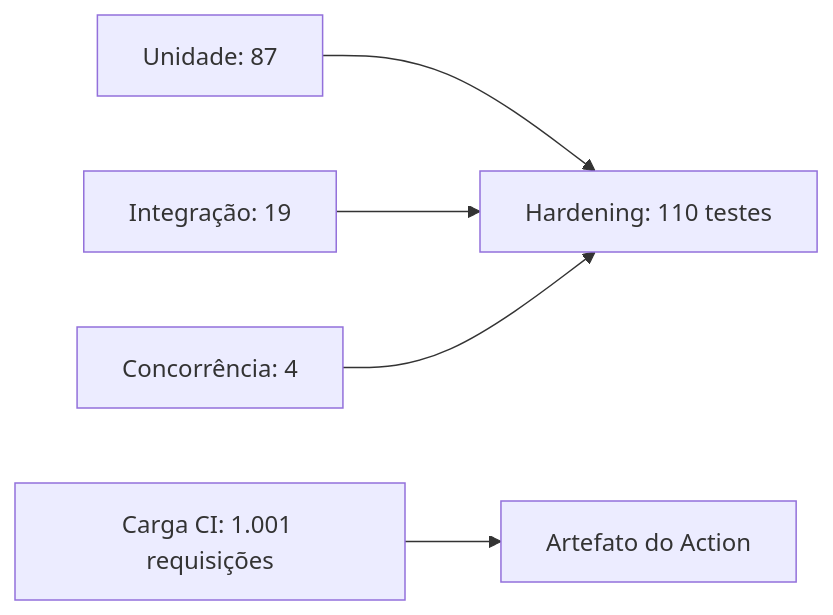
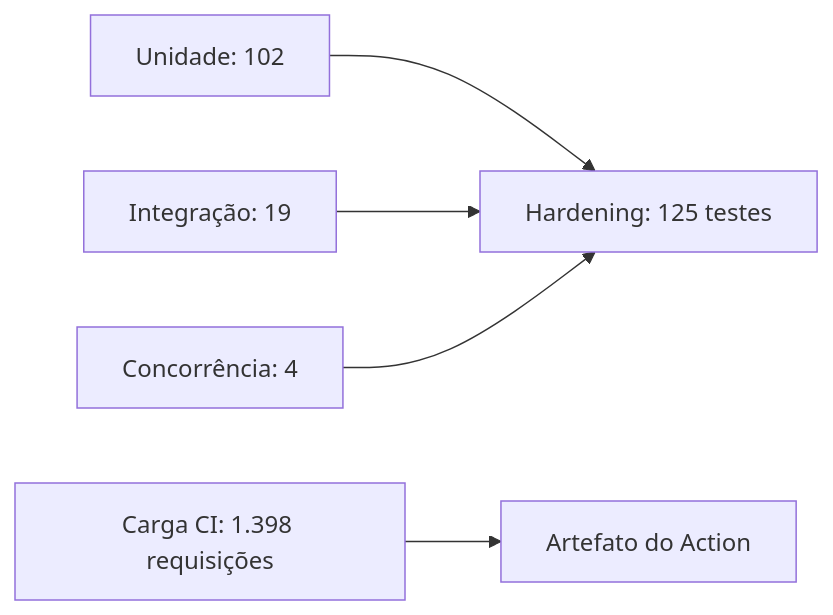
The seventh of 7 diagrams in evidencias/README.md (renansko/jugle-gaming-test), drawn with Mermaid before and after one commit. The commit also changed other lines of this file and 7 other files, not shown here.

````diff
--- a/evidencias/README.md
+++ b/evidencias/README.md
@@ -88,7 +88,7 @@
 ```mermaid
 flowchart LR
-    Unit["Unidade: 87"] --> Gate["Hardening: 110 testes"]
+    Unit["Unidade: 102"] --> Gate["Hardening: 125 testes"]
     Integration["Integração: 19"] --> Gate
     Concurrency["Concorrência: 4"] --> Gate
-    Load["Carga CI: 1.001 requisições"] --> Report["Artefato do Action"]
+    Load["Carga CI: 1.398 requisições"] --> Report["Artefato do Action"]
 ```
````
